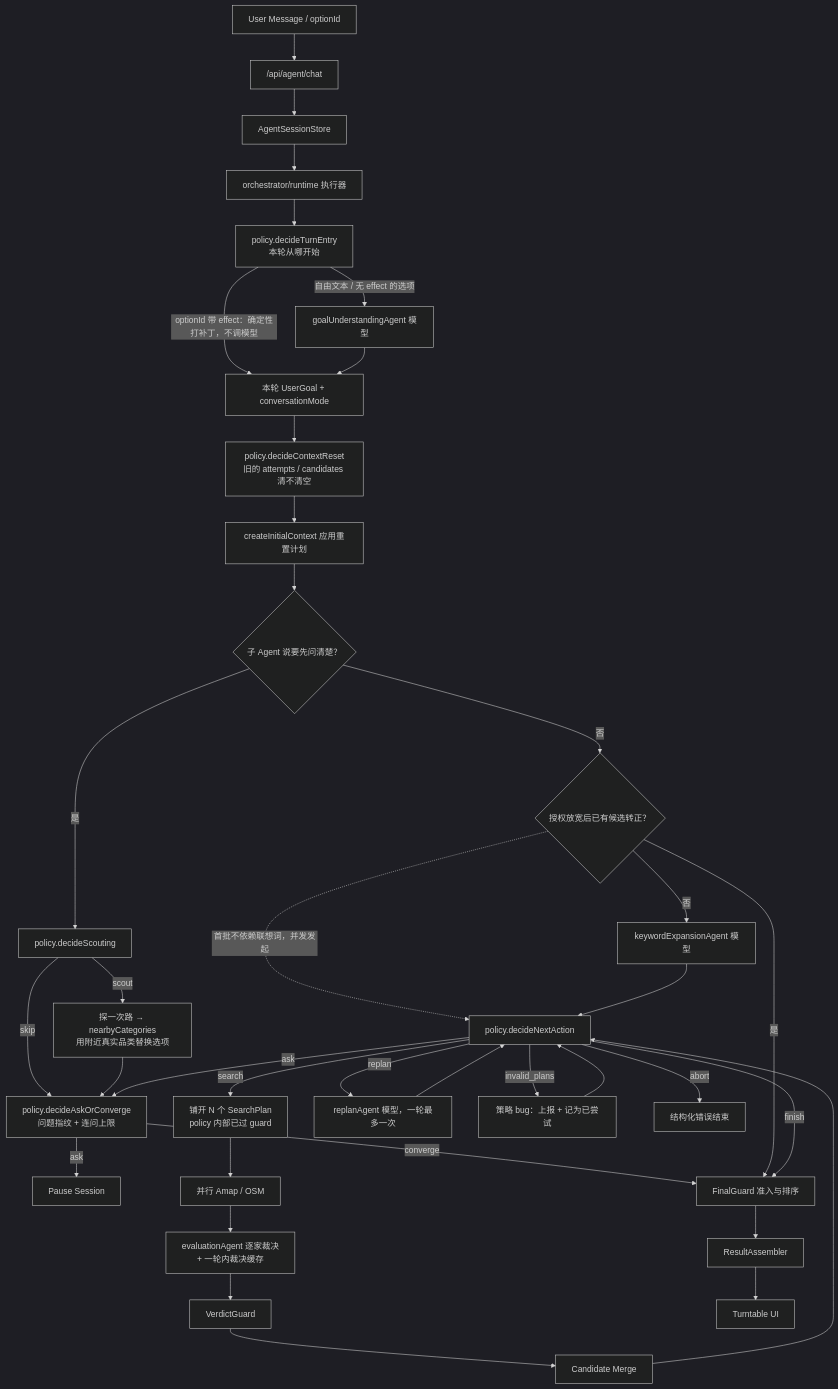
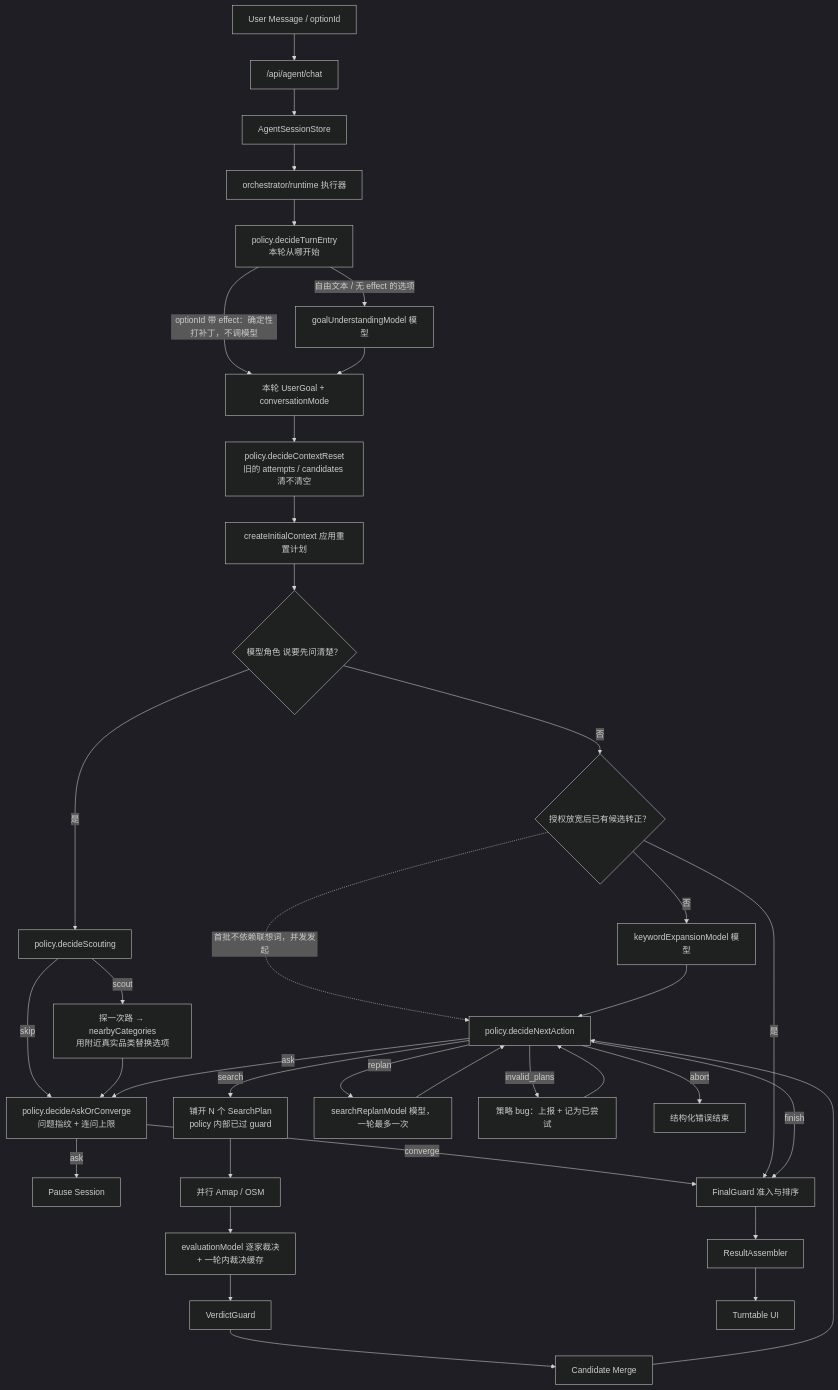
The diagram in README.md (leftzzzz/chisha), drawn with Mermaid (dark theme) before and after one commit. The commit also changed other lines of this file and 66 other files, not shown here.

````diff
--- a/README.md
+++ b/README.md
@@ -129,45 +134,45 @@
 ```mermaid
 graph TB
     U["User Message / optionId"] --> API["/api/agent/chat"]
     API --> STORE["AgentSessionStore"]
     STORE --> RT["orchestrator/runtime 执行器"]
 
     RT --> ENTRY["policy.decideTurnEntry<br/>本轮从哪开始"]
     ENTRY -- "optionId 带 effect：确定性打补丁，不调模型" --> GOAL
-    ENTRY -- "自由文本 / 无 effect 的选项" --> GU["goalUnderstandingAgent 模型"]
+    ENTRY -- "自由文本 / 无 effect 的选项" --> GU["goalUnderstandingModel 模型"]
     GU --> GOAL["本轮 UserGoal + conversationMode"]
 
     GOAL --> RESET["policy.decideContextReset<br/>旧的 attempts / candidates 清不清空"]
     RESET --> CTX["createInitialContext 应用重置计划"]
 
-    CTX --> Q{"子 Agent 说要先问清楚？"}
+    CTX --> Q{"模型角色 说要先问清楚？"}
     Q -- "是" --> SCOUT["policy.decideScouting"]
     SCOUT -- "scout" --> PROBE["探一次路 → nearbyCategories<br/>用附近真实品类替换选项"]
     SCOUT -- "skip" --> ASK
     PROBE --> ASK["policy.decideAskOrConverge<br/>问题指纹 + 连问上限"]
     ASK -- "ask" --> PAUSE["Pause Session"]
     ASK -- "converge" --> FG
 
     Q -- "否" --> PROMO{"授权放宽后已有候选转正？"}
     PROMO -- "是" --> FG
-    PROMO -- "否" --> KW["keywordExpansionAgent 模型"]
+    PROMO -- "否" --> KW["keywordExpansionModel 模型"]
     PROMO -. "首批不依赖联想词，并发发起" .-> POLICY
     KW --> POLICY["policy.decideNextAction"]
 
     POLICY -- "search" --> BATCH["铺开 N 个 SearchPlan<br/>policy 内部已过 guard"]
     BATCH --> TOOL["并行 Amap / OSM"]
-    TOOL --> EVA["evaluationAgent 逐家裁决<br/>+ 一轮内裁决缓存"]
+    TOOL --> EVA["evaluationModel 逐家裁决<br/>+ 一轮内裁决缓存"]
     EVA --> VG["VerdictGuard"]
     VG --> MERGE["Candidate Merge"]
     MERGE --> POLICY
 
-    POLICY -- "replan" --> RP["replanAgent 模型，一轮最多一次"]
+    POLICY -- "replan" --> RP["searchReplanModel 模型，一轮最多一次"]
     RP --> POLICY
     POLICY -- "invalid_plans" --> BUG["策略 bug：上报 + 记为已尝试"]
     BUG --> POLICY
     POLICY -- "ask" --> ASK
     POLICY -- "abort" --> ERR["结构化错误结束"]
     POLICY -- "finish" --> FG["FinalGuard 准入与排序"]
     FG --> ASM["ResultAssembler"]
     ASM --> UI["Turntable UI"]
 ```
````
